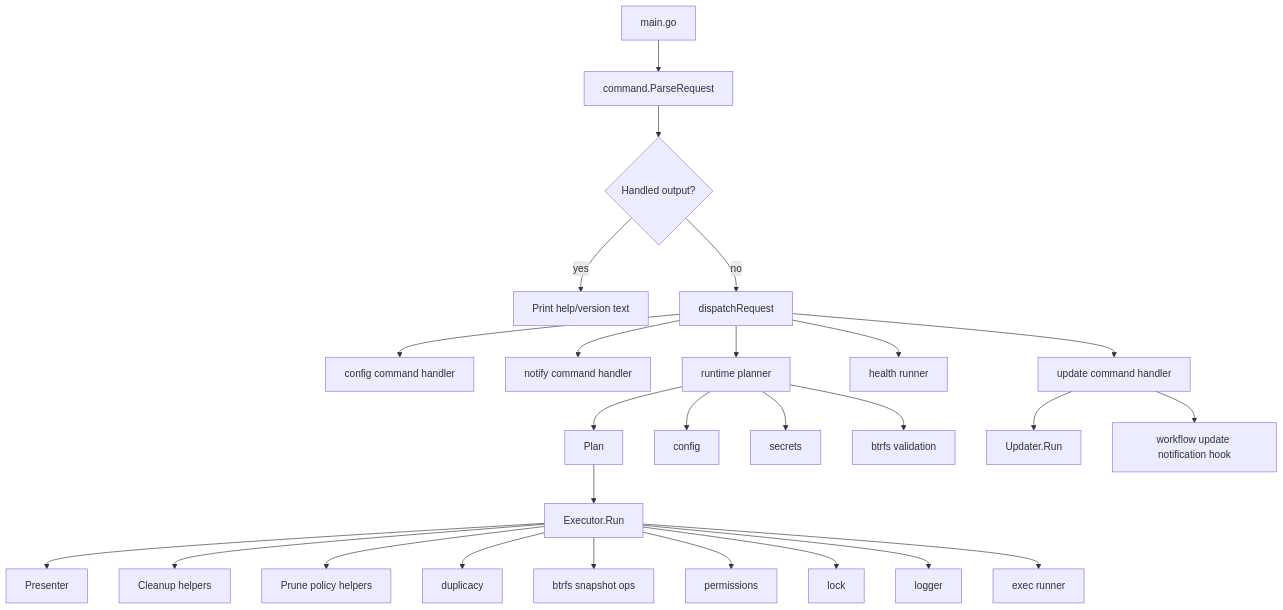
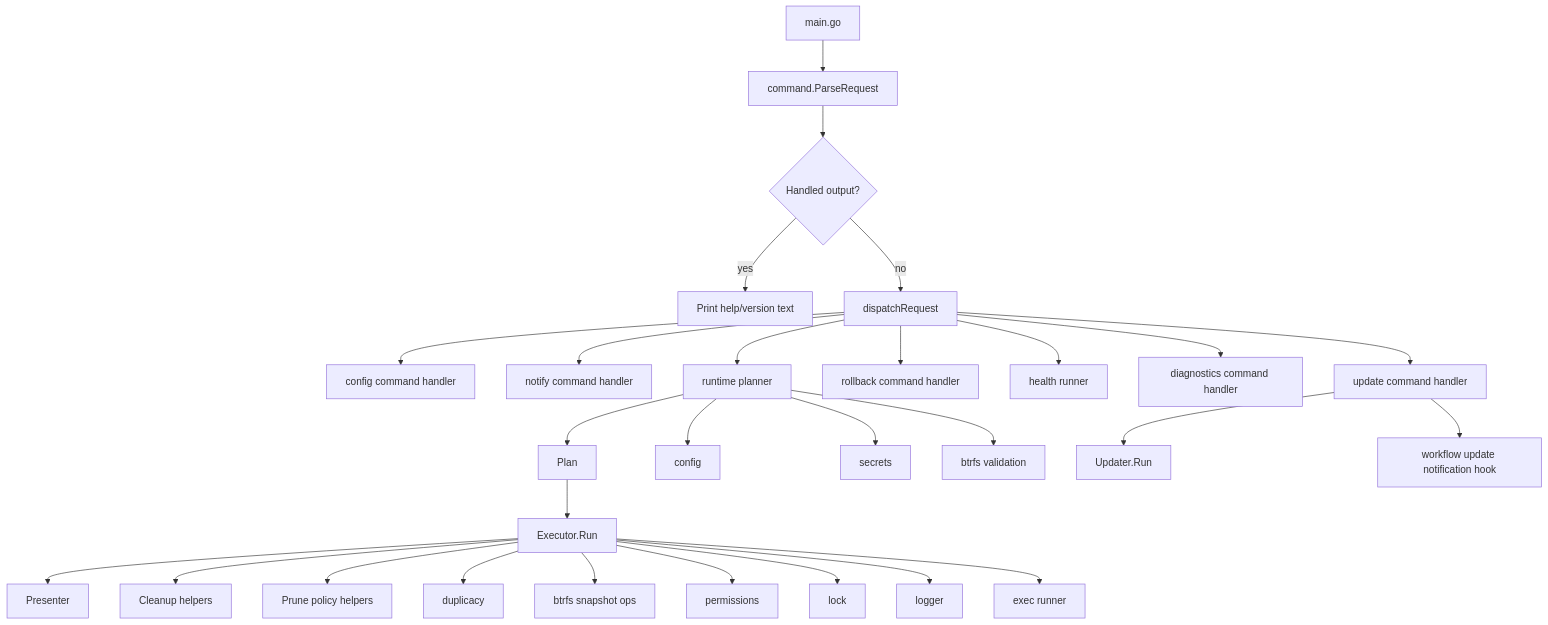
The diagram in docs/how-it-works.md (phillipmcmahon/synology-duplicacy-backup), drawn with Mermaid before and after one commit. The commit also changed other lines of this file and 21 other files, not shown here.

Commit message:
feat: add diagnostics and rollback commands

````diff
--- a/docs/how-it-works.md
+++ b/docs/how-it-works.md
@@ -99,28 +99,30 @@
 ```mermaid
 flowchart TD
     A["main.go"] --> B["command.ParseRequest"]
     B --> C{"Handled output?"}
     C -->|yes| C1["Print help/version text"]
     C -->|no| D["dispatchRequest"]
     D --> E["config command handler"]
     D --> F["notify command handler"]
     D --> G["update command handler"]
+    D --> G2["rollback command handler"]
     D --> H["health runner"]
+    D --> H2["diagnostics command handler"]
     D --> I["runtime planner"]
     I --> J["Plan"]
     J --> K["Executor.Run"]
     K --> L["Presenter"]
     K --> M["Cleanup helpers"]
     K --> N["Prune policy helpers"]
     I --> O["config"]
     I --> P["secrets"]
     I --> Q["btrfs validation"]
     K --> R["duplicacy"]
     K --> S["btrfs snapshot ops"]
     K --> T["permissions"]
     K --> U["lock"]
     K --> V["logger"]
     K --> W["exec runner"]
     G --> X["Updater.Run"]
     G --> Y["workflow update notification hook"]
 ```
````
